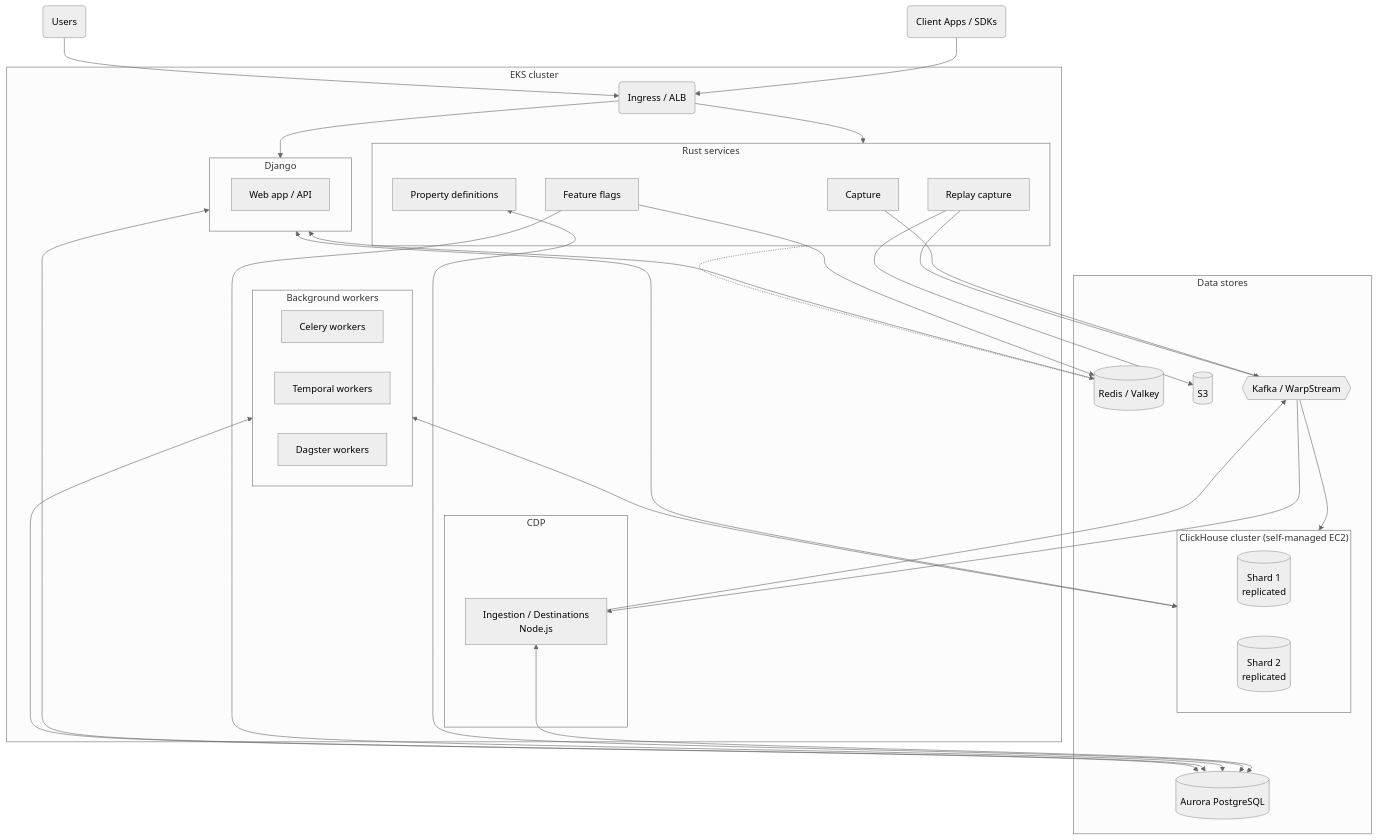
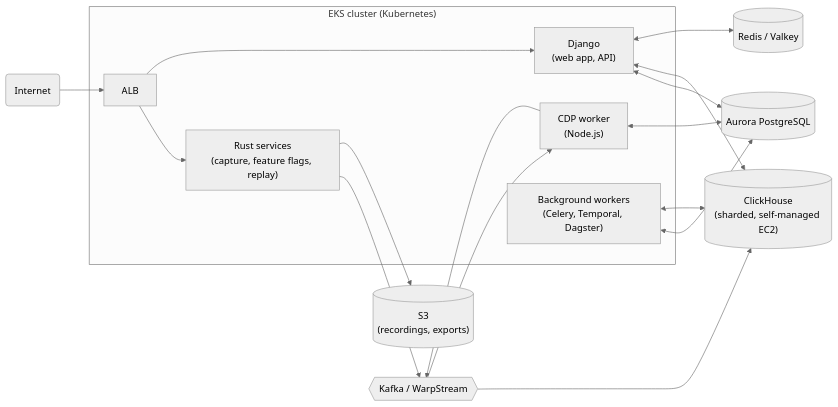
One commit to PostHog/posthog.com changed the third of 3 diagrams in contents/docs/how-posthog-works/index.mdx. Above: the diagram before and after it, drawn with Mermaid (neutral theme). The commit also changed other lines of this file and 1 other file, not shown here.

Commit message:
Simplify infrastructure view diagram

````diff
--- a/contents/docs/how-posthog-works/index.mdx
+++ b/contents/docs/how-posthog-works/index.mdx
@@ -120,70 +120,29 @@
 ```mermaid
-flowchart TD
-    subgraph K8s ["EKS cluster"]
-        Ingress(Ingress / ALB)
+flowchart LR
+    Internet(Internet) --> ALB[ALB]
 
-        subgraph RustServices ["Rust services"]
-            Capture[Capture]
-            Flags[Feature flags]
-            ReplayCapture[Replay capture]
-            PropDefs[Property definitions]
-        end
-
-        subgraph DjangoServices ["Django"]
-            Web[Web app / API]
-        end
-
-        subgraph Workers ["Background workers"]
-            Celery[Celery workers]
-            TemporalWorker[Temporal workers]
-            DagsterWorker[Dagster workers]
-        end
-
-        subgraph CDPServices ["CDP"]
-            CDPNode[Ingestion / Destinations<br/>Node.js]
-        end
+    subgraph EKS ["EKS cluster (Kubernetes)"]
+        ALB --> Rust["Rust services<br/>(capture, feature flags, replay)"]
+        ALB --> Django["Django<br/>(web app, API)"]
+        CDP["CDP worker<br/>(Node.js)"]
+        Workers["Background workers<br/>(Celery, Temporal, Dagster)"]
     end
 
-    subgraph DataStores ["Data stores"]
-        PG[(Aurora PostgreSQL)]
-        Redis[(Redis / Valkey)]
-        Blob[(S3)]
-
-        subgraph CH ["ClickHouse cluster (self-managed EC2)"]
-            CH1[(Shard 1<br/>replicated)]
-            CH2[(Shard 2<br/>replicated)]
-        end
-
-        Kafka{{Kafka / WarpStream}}
-    end
-
-    ClientApps(Client Apps / SDKs) --> Ingress
-    Users(Users) --> Ingress
-
-    Ingress --> RustServices
-    Ingress --> DjangoServices
-
-    Capture --> Kafka
-    ReplayCapture --> Kafka
-    ReplayCapture --> Blob
-    Kafka --> CDPNode
-    CDPNode --> Kafka
+    Rust --> Kafka{{Kafka / WarpStream}}
+    Kafka --> CDP
+    CDP --> Kafka
     Kafka --> CH
 
-    CDPNode <--> PG
-    PropDefs <--> PG
+    CH[("ClickHouse<br/>(sharded, self-managed EC2)")]
+    PG[("Aurora PostgreSQL")]
+    Redis[("Redis / Valkey")]
+    S3[("S3<br/>(recordings, exports)")]
 
-    DjangoServices <--> PG
-    DjangoServices <--> CH
-    DjangoServices <--> Redis
-
-    Flags --> Redis
-    Flags --> PG
-
+    Django <--> PG
+    Django <--> CH
+    Django <--> Redis
+    CDP <--> PG
     Workers <--> PG
     Workers <--> CH
-
-    RustServices -.- Redis
-
-    class K8s,RustServices,DjangoServices,Workers,CDPServices,DataStores,CH sgraph;
+    Rust --> S3
 ```
````
